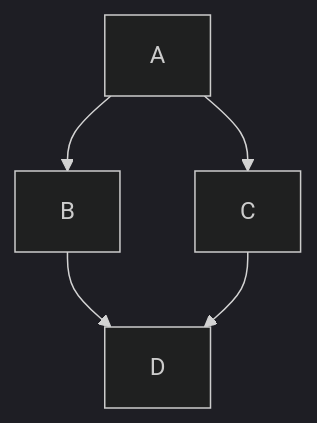
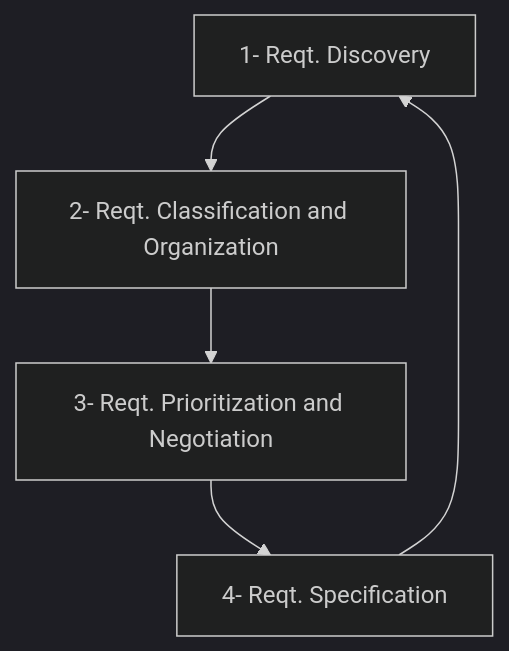
One commit to nlhsueh/teach_se changed the second of 3 diagrams in Lecture/ch04_reqt.md. Above: the diagram before and after it, drawn with Mermaid (dark theme). The commit also changed other lines of this file, not shown here.

````diff
--- a/Lecture/ch04_reqt.md
+++ b/Lecture/ch04_reqt.md
@@ -16,7 +270,7 @@
 ```mermaid
 graph TD
-    A-->B;
-    A-->C;
-    B-->D;
-    C-->D;
-```    
+    A[1- Reqt. Discovery] --> B[2- Reqt. Classification and Organization]
+    B --> C[3- Reqt. Prioritization and Negotiation]
+    C --> D[4- Reqt. Specification]
+    D --> A
+```
````
